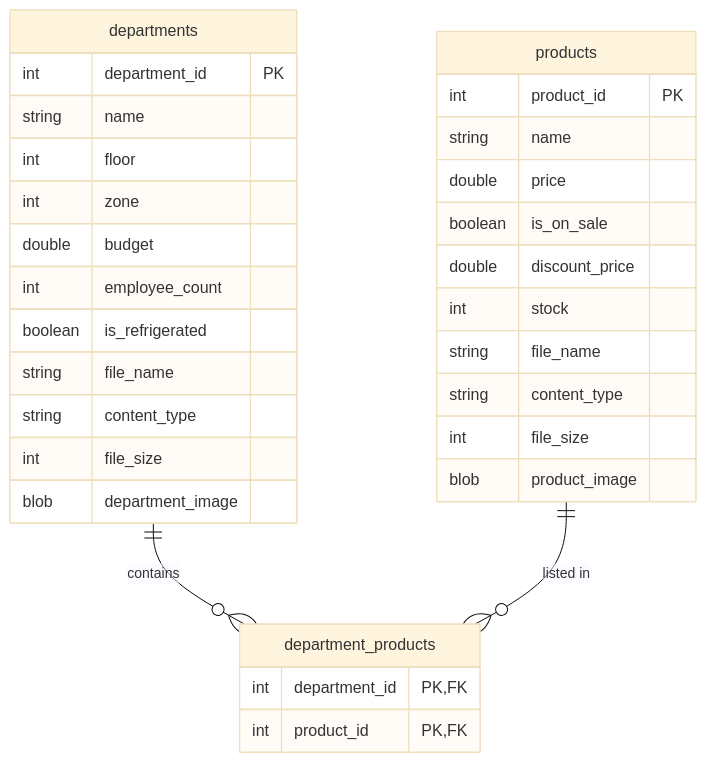
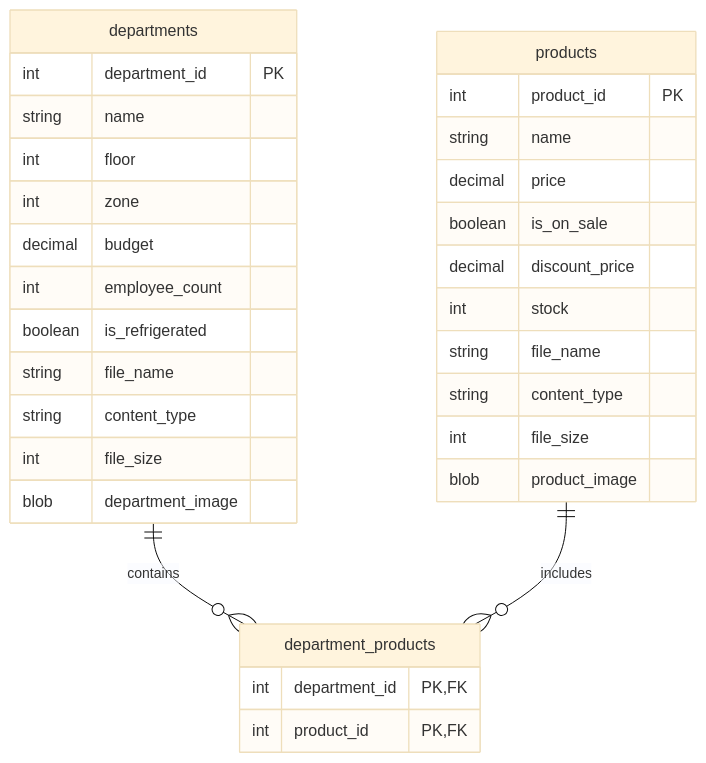
The second of 2 diagrams in README.md (nikitsya/2025-26-L8-OOP-GCA2-SD2a), drawn with Mermaid (base theme) before and after one commit. The commit also changed other lines of this file, not shown here.

````diff
--- a/README.md
+++ b/README.md
@@ -165,37 +158,37 @@
 ```mermaid
 erDiagram
+    departments ||--o{ department_products : contains
+    products ||--o{ department_products : includes
+
     departments {
         int department_id PK
         string name
         int floor
         int zone
-        double budget
+        decimal budget
         int employee_count
         boolean is_refrigerated
         string file_name
         string content_type
         int file_size
         blob department_image
     }
 
     products {
         int product_id PK
         string name
-        double price
+        decimal price
         boolean is_on_sale
-        double discount_price
+        decimal discount_price
         int stock
         string file_name
         string content_type
         int file_size
         blob product_image
     }
 
     department_products {
         int department_id PK, FK
         int product_id PK, FK
     }
-
-    departments ||--o{ department_products : "contains"
-    products ||--o{ department_products : "listed in"
 ```
````
